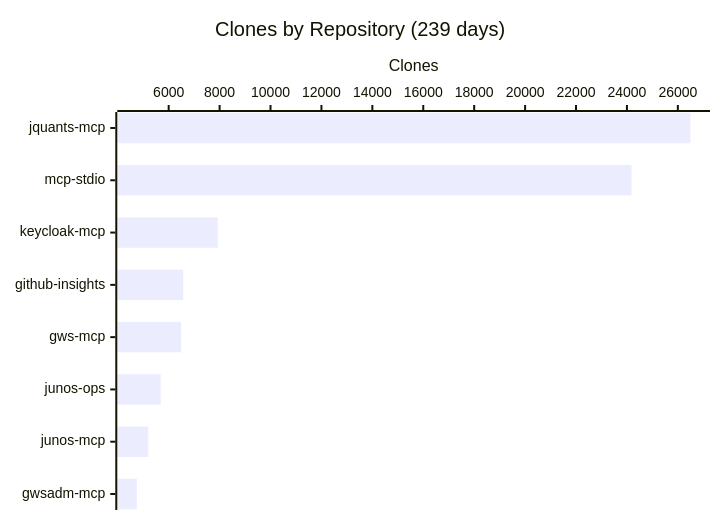
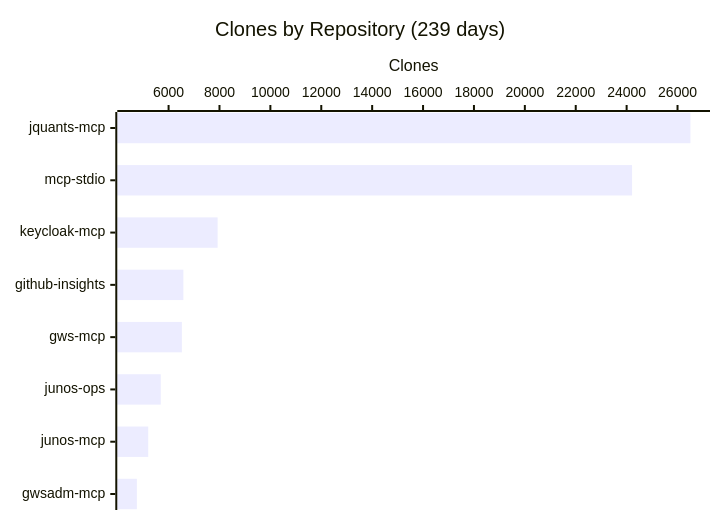
One commit to shigechika/github-insights changed the fourth of 4 diagrams in README.md. Above: the diagram before and after it, drawn with Mermaid. The commit also changed other lines of this file and 1 other file, not shown here.

````diff
--- a/README.md
+++ b/README.md
@@ -58,7 +58,7 @@
 ```mermaid
 xychart-beta horizontal
     title "Clones by Repository (239 days)"
     x-axis ["jquants-mcp", "mcp-stdio", "keycloak-mcp", "github-insights", "gws-mcp", "junos-ops", "junos-mcp", "gwsadm-mcp"]
     y-axis "Clones"
-    bar [26494, 24179, 7924, 6574, 6489, 5688, 5197, 4750]
+    bar [26507, 24213, 7926, 6581, 6523, 5692, 5200, 4753]
 ```
````
